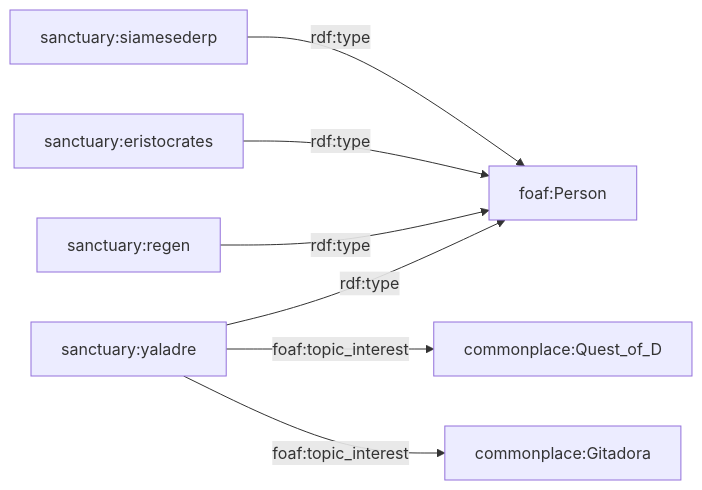
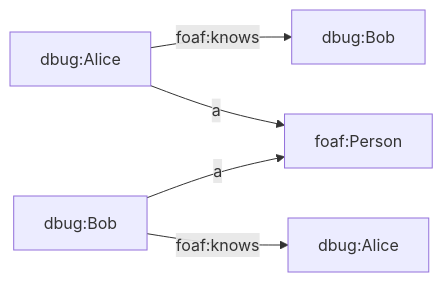
The diagram in Source-code/Host-environment/Common-Language-Runtime/FSharp/Project/HelloFable/test_graph/test_graph.mmd (eristocrates/ipa), drawn with Mermaid before and after one commit. The commit also changed 1319 other files, not shown here.

```diff
--- a/Source-code/Host-environment/Common-Language-Runtime/FSharp/Project/HelloFable/test_graph/test_graph.mmd
+++ b/Source-code/Host-environment/Common-Language-Runtime/FSharp/Project/HelloFable/test_graph/test_graph.mmd
@@ -1,14 +1,10 @@
 graph LR
-  0["sanctuary:siamesederp"]
-  1["foaf:Person"]
-  2["sanctuary:eristocrates"]
-  3["sanctuary:yaladre"]
-  4["commonplace:Quest_of_D"]
-  5["sanctuary:regen"]
-  6["commonplace:Gitadora"]
-  0 -->|"rdf:type"| 1
-  2 -->|"rdf:type"| 1
-  3 -->|"rdf:type"| 1
-  3 -->|"foaf:topic_interest"| 4
-  3 -->|"foaf:topic_interest"| 6
-  5 -->|"rdf:type"| 1
+  0["dbug:Alice"]
+  1["dbug:Bob"]
+  2["dbug:Bob"]
+  3["dbug:Alice"]
+  4["foaf:Person"]
+  0 -->|"foaf:knows"| 1
+  0 -->|"a"| 4
+  2 -->|"foaf:knows"| 3
+  2 -->|"a"| 4
```
